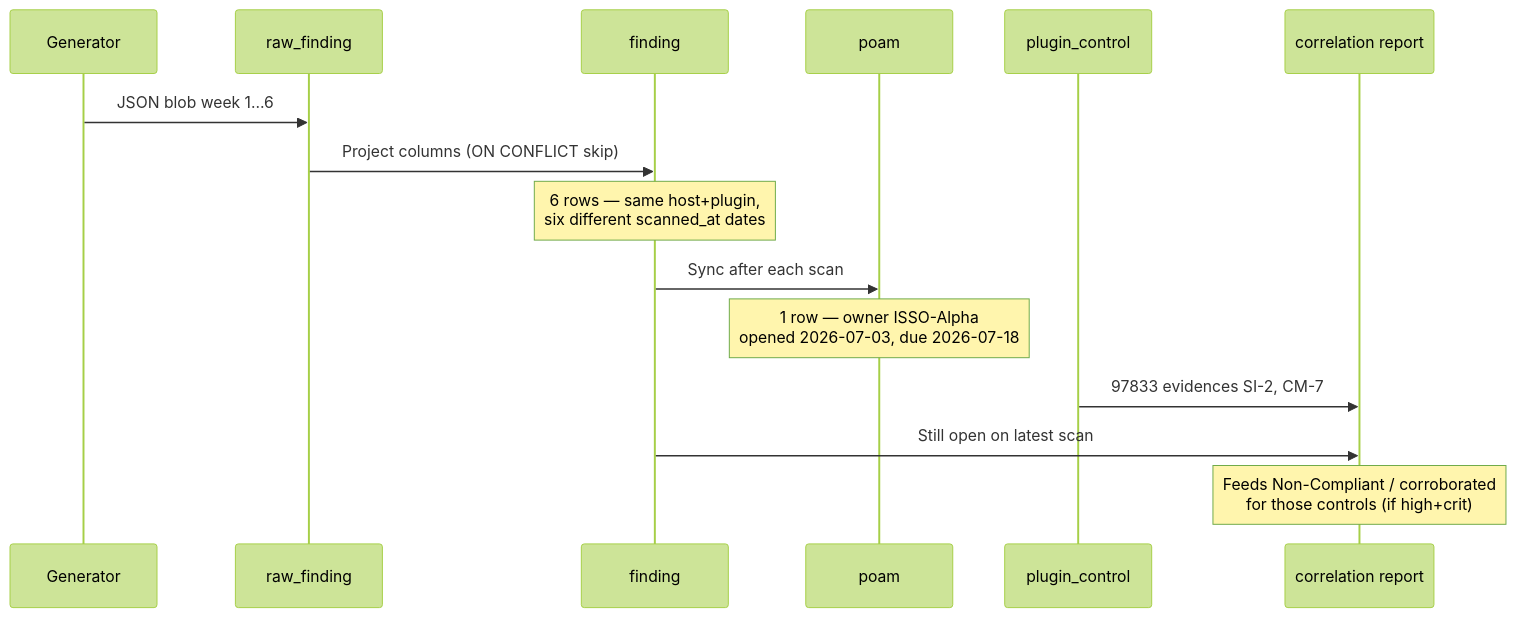
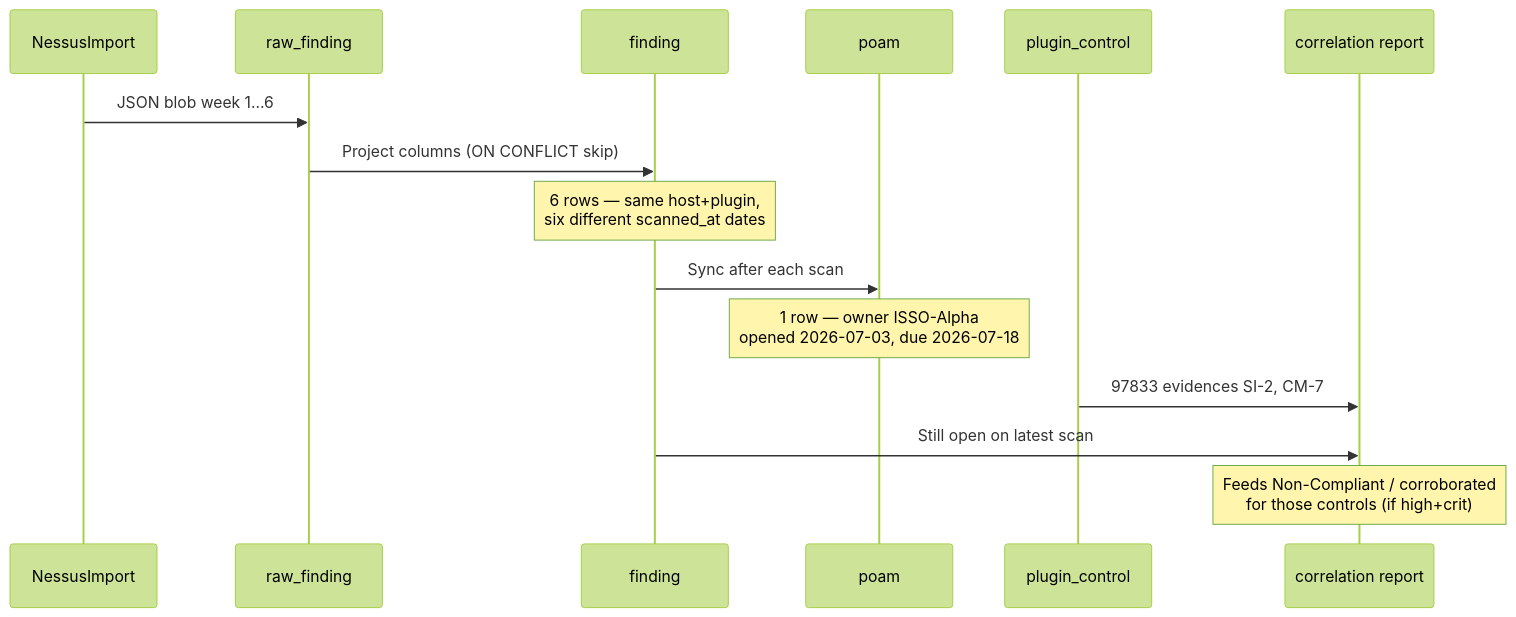
One commit to LeonardSibelius/scan-ingest changed the eighth of 9 diagrams in OVERVIEW.md. Above: the diagram before and after it, drawn with Mermaid (forest theme). The commit also changed other lines of this file and 19 other files, not shown here.

````diff
--- a/OVERVIEW.md
+++ b/OVERVIEW.md
@@ -484,18 +485,18 @@
 ```mermaid
 sequenceDiagram
-    participant Gen as Generator
+    participant Gen as NessusImport
     participant Raw as raw_finding
     participant Fact as finding
     participant Poam as poam
     participant Map as plugin_control
     participant Corr as correlation report
 
     Gen->>Raw: JSON blob week 1…6
     Raw->>Fact: Project columns (ON CONFLICT skip)
     Note over Fact: 6 rows — same host+plugin,<br/>six different scanned_at dates
     Fact->>Poam: Sync after each scan
     Note over Poam: 1 row — owner ISSO-Alpha<br/>opened 2026-07-03, due 2026-07-18
     Map->>Corr: 97833 evidences SI-2, CM-7
     Fact->>Corr: Still open on latest scan
     Note over Corr: Feeds Non-Compliant / corroborated<br/>for those controls (if high+crit)
 ```
````
